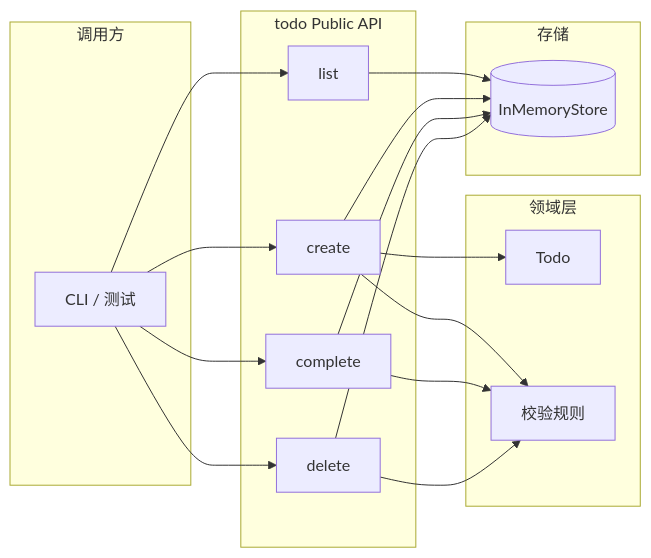
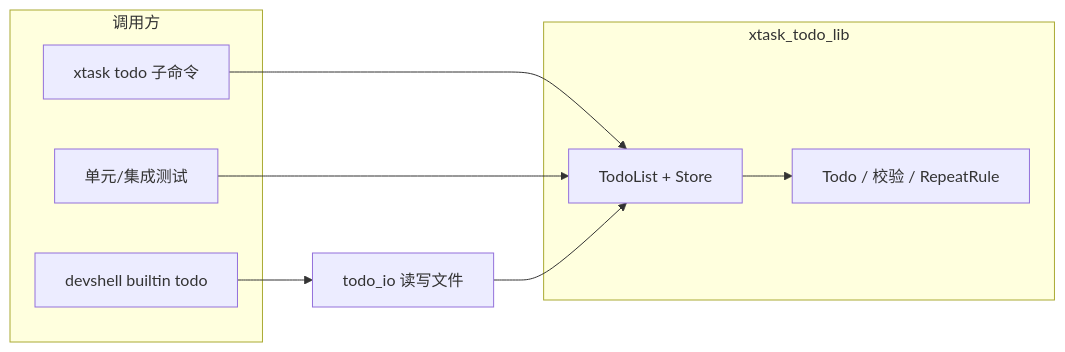
Before and after one commit to TangCan/xtask_todo: the first of 3 diagrams in docs/design.md, drawn with Mermaid. The commit also changed other lines of this file and 11 other files, not shown here.

Commit message:
docs: refresh design/requirements/test cases; add devshell sandbox tests

````diff
--- a/docs/design.md
+++ b/docs/design.md
@@ -66,31 +94,17 @@
 ```mermaid
 flowchart LR
-    subgraph Caller["调用方"]
-        CLI[CLI / 测试]
+    subgraph Callers["调用方"]
+        XtaskTodo[xtask todo 子命令]
+        Tests[单元/集成测试]
+        DevshellTodo[devshell builtin todo]
     end
-    subgraph API["todo Public API"]
-        create[create]
-        list[list]
-        complete[complete]
-        delete[delete]
+    subgraph Lib["xtask_todo_lib"]
+        TL[TodoList + Store]
+        Dom[Todo / 校验 / RepeatRule]
     end
-    subgraph Domain["领域层"]
-        Todo[Todo]
-        Rules[校验规则]
-    end
-    subgraph Store["存储"]
-        Mem[(InMemoryStore)]
-    end
-    CLI --> create
-    CLI --> list
-    CLI --> complete
-    CLI --> delete
-    create --> Rules
-    complete --> Rules
-    delete --> Rules
-    create --> Todo
-    list --> Mem
-    create --> Mem
-    complete --> Mem
-    delete --> Mem
+    XtaskTodo --> TL
+    Tests --> TL
+    DevshellTodo --> todo_io[todo_io 读写文件]
+    todo_io --> TL
+    TL --> Dom
 ```
````
